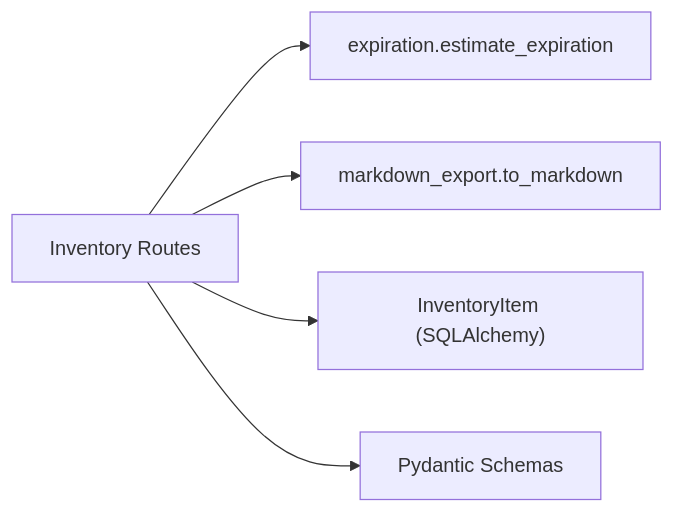
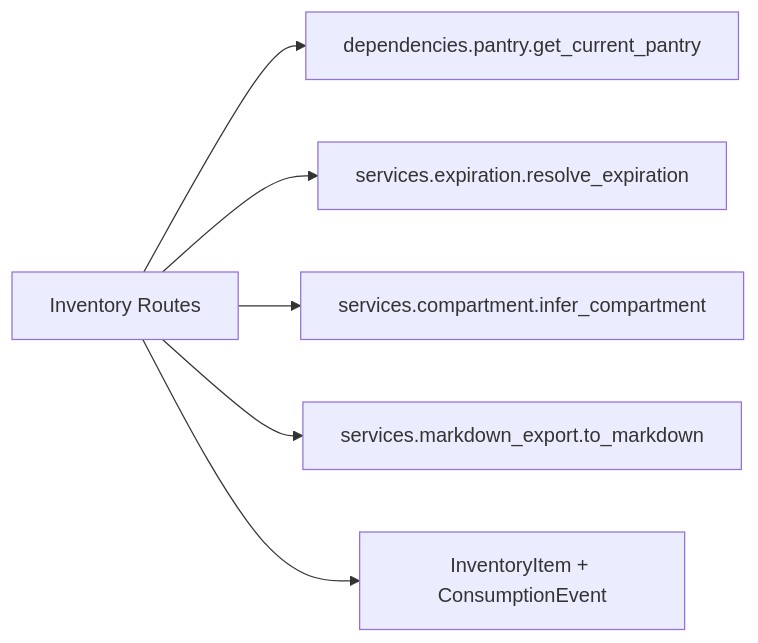
The diagram in wiki/modules/backend-routes-inventory.md (lorecanc/dispensapp), drawn with Mermaid before and after one commit. The commit also changed other lines of this file and 55 other files, not shown here.

````diff
--- a/wiki/modules/backend-routes-inventory.md
+++ b/wiki/modules/backend-routes-inventory.md
@@ -42,7 +55,8 @@
 ```mermaid
 graph LR
-    InventoryRoutes["Inventory Routes"] --> ExpirationService["expiration.estimate_expiration"]
-    InventoryRoutes --> MarkdownExport["markdown_export.to_markdown"]
-    InventoryRoutes --> ORM["InventoryItem (SQLAlchemy)"]
-    InventoryRoutes --> Schemas["Pydantic Schemas"]
+    InventoryRoutes["Inventory Routes"] --> PantryDep["dependencies.pantry.get_current_pantry"]
+    InventoryRoutes --> ExpirationSvc["services.expiration.resolve_expiration"]
+    InventoryRoutes --> CompartmentSvc["services.compartment.infer_compartment"]
+    InventoryRoutes --> MarkdownSvc["services.markdown_export.to_markdown"]
+    InventoryRoutes --> ORM["InventoryItem + ConsumptionEvent"]
 ```
````
